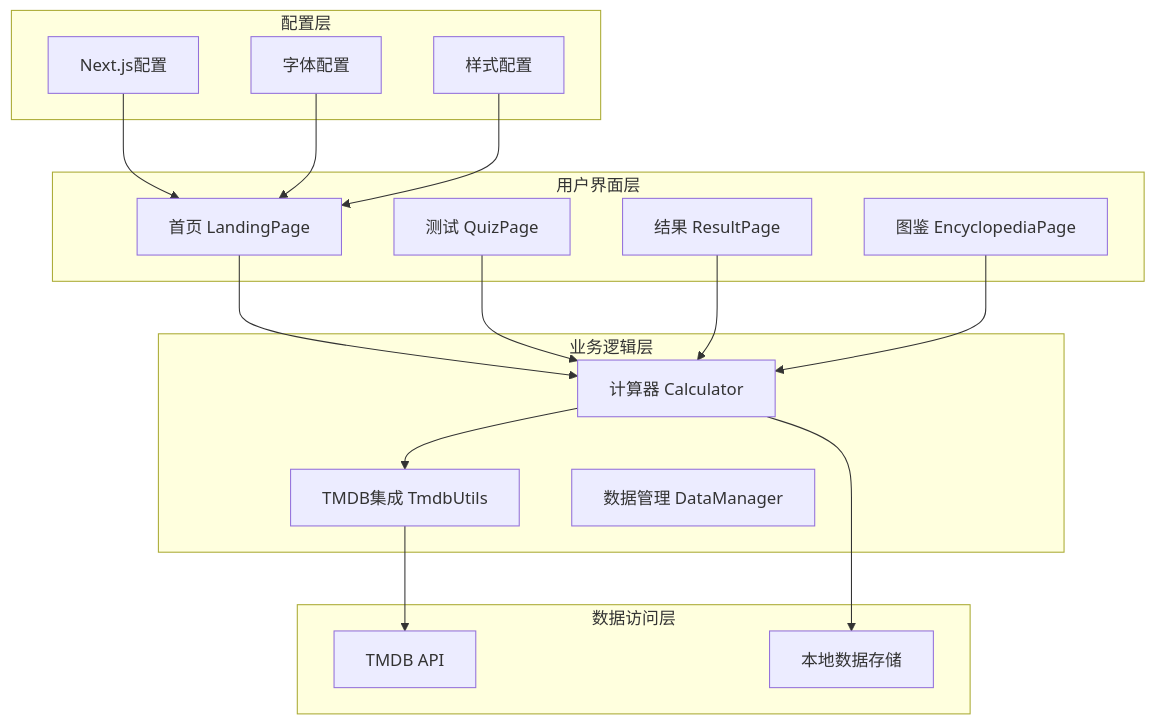
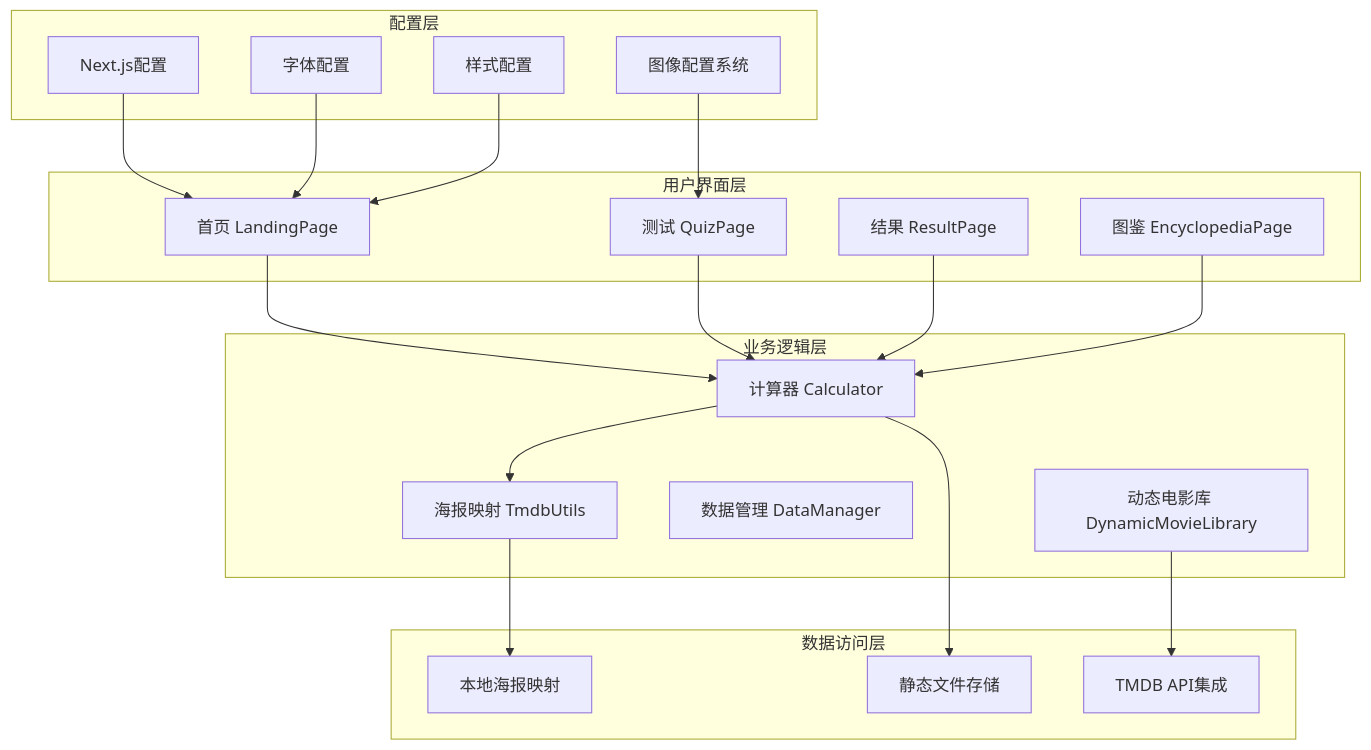
The fifth of 12 diagrams in .qoder/repowiki/zh/content/扩展开发/TMDB电影海报集成系统.md (Dragon0412/fbti-app), drawn with Mermaid before and after one commit. The commit also changed other lines of this file and 14 other files, not shown here.

````diff
--- a/.qoder/repowiki/zh/content/扩展开发/TMDB电影海报集成系统.md
+++ b/.qoder/repowiki/zh/content/扩展开发/TMDB电影海报集成系统.md
@@ -158,33 +224,38 @@
 ```mermaid
 graph TB
 subgraph "用户界面层"
 UI1[首页 LandingPage]
 UI2[测试 QuizPage]
 UI3[结果 ResultPage]
 UI4[图鉴 EncyclopediaPage]
 end
 subgraph "业务逻辑层"
 BL1[计算器 Calculator]
-BL2[TMDB集成 TmdbUtils]
+BL2[海报映射 TmdbUtils]
 BL3[数据管理 DataManager]
+BL4[动态电影库 DynamicMovieLibrary]
 end
 subgraph "数据访问层"
-DA1[TMDB API]
-DA2[本地数据存储]
+DA1[本地海报映射]
+DA2[静态文件存储]
+DA3[TMDB API集成]
 end
 subgraph "配置层"
 CFG1[Next.js配置]
 CFG2[字体配置]
 CFG3[样式配置]
+CFG4[图像配置系统]
 end
 UI1 --> BL1
 UI2 --> BL1
 UI3 --> BL1
 UI4 --> BL1
 BL1 --> BL2
 BL1 --> DA2
 BL2 --> DA1
+BL4 --> DA3
 CFG1 --> UI1
 CFG2 --> UI1
 CFG3 --> UI1
+CFG4 --> UI2
 ```
````
